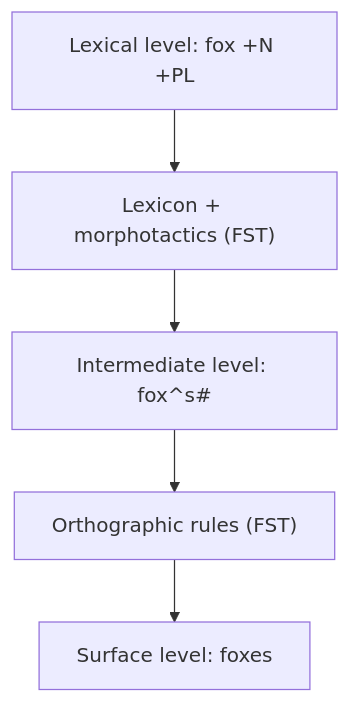
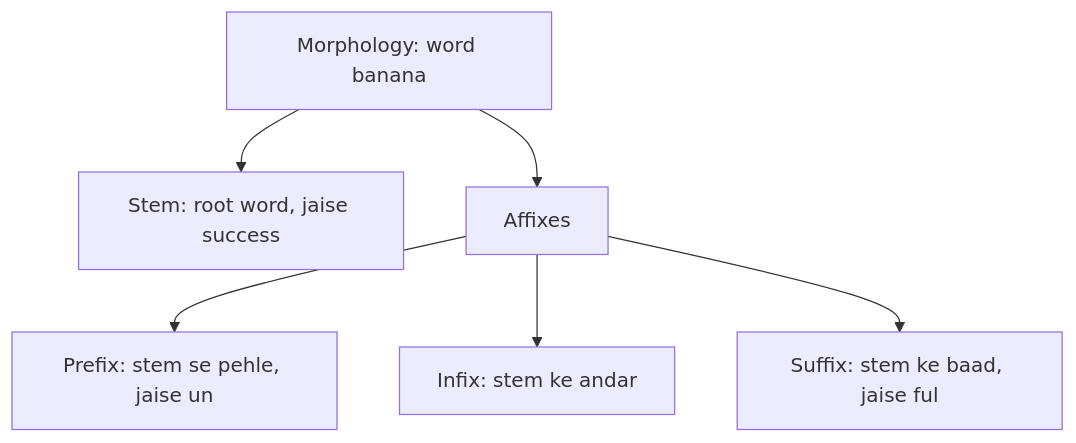
One commit to TrendySloth1001/sem-seven-notes changed the second of 6 diagrams in content/natural-language-processing/notes/morphology-fst.hi.mdx. Above: the diagram before and after it, drawn with Mermaid. The commit also changed other lines of this file and 406 other files, not shown here.

````diff
--- a/content/natural-language-processing/notes/morphology-fst.hi.mdx
+++ b/content/natural-language-processing/notes/morphology-fst.hi.mdx
@@ -189,8 +100,9 @@
 ```mermaid
-%% caption: Morphological parser ke teen parts. Lexicon mein stems aur affixes hain, morphotactic FSA batata hai kaun sa order allowed hai, aur spelling rules aakhri letters theek karte hain. Generation ke liye upar se padho, analysis ke liye neeche se.
+%% caption: Word ke parts. Stem main meaning deta hai; affixes uske pehle (prefix), andar (infix) ya baad (suffix) jode jaate hain.
 flowchart TD
-  A["Lexical level: fox +N +PL"] --> B["Lexicon + morphotactics (FST)"]
-  B --> C["Intermediate level: fox^s#"]
-  C --> D["Orthographic rules (FST)"]
-  D --> E["Surface level: foxes"]
+  A["Morphology: word banana"] --> B["Stem: root word, jaise success"]
+  A --> C["Affixes"]
+  C --> D["Prefix: stem se pehle, jaise un"]
+  C --> E["Infix: stem ke andar"]
+  C --> F["Suffix: stem ke baad, jaise ful"]
 ```
````
